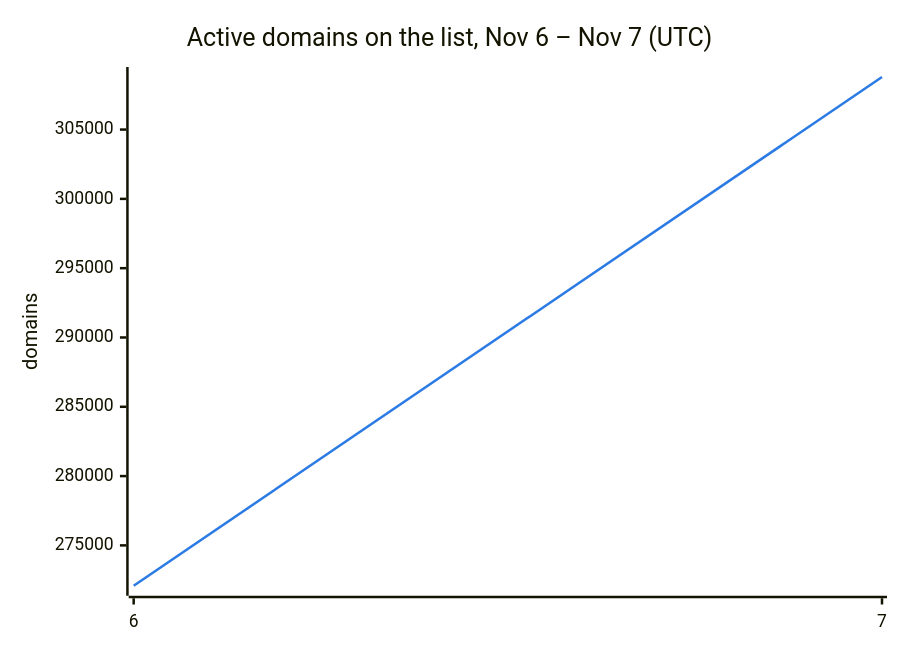
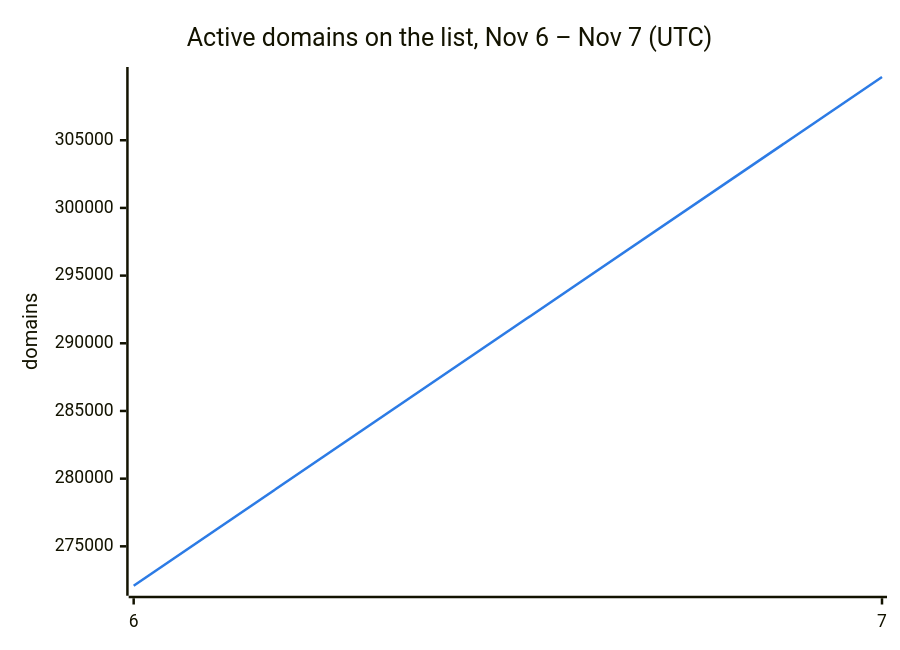
One commit to DNSBunker/CTI changed the second of 3 diagrams in README.md. Above: the diagram before and after it, drawn with Mermaid. The commit also changed other lines of this file and 3 other files, not shown here.

````diff
--- a/README.md
+++ b/README.md
@@ -38,8 +38,8 @@
 ```mermaid
 %%{init: {"themeVariables": {"xyChart": {"plotColorPalette": "#2c7be5"}}}}%%
 xychart-beta
     title "Active domains on the list, Nov 6 – Nov 7 (UTC)"
     x-axis ["6", "7"]
     y-axis "domains"
-    line [272088, 308793]
+    line [272088, 309672]
 ```
````
